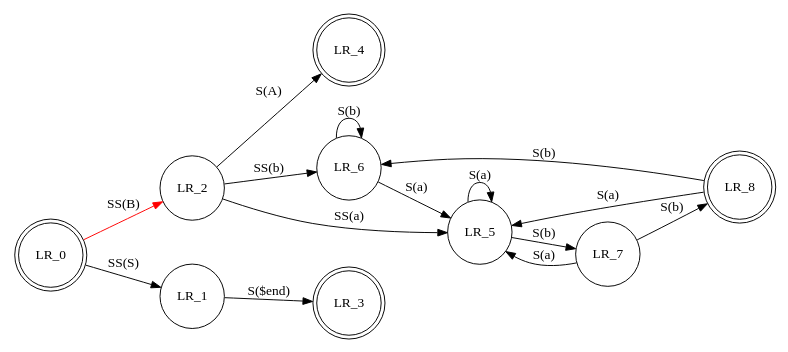
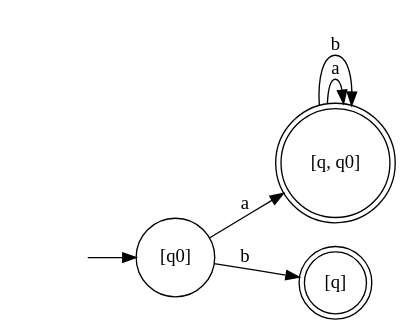
One commit to 1475505/NFA2DFA changed the diagram in fsm.gv. Above: the diagram before and after it, drawn with Graphviz. The commit also changed 5 other files, not shown here.

```diff
--- a/fsm.gv
+++ b/fsm.gv
@@ -1,23 +1,13 @@
 digraph finite_state_machine {
 	rankdir=LR size="8,5"
 	node [shape=doublecircle]
-	LR_0
-	LR_3
-	LR_4
-	LR_8
+	"[q, q0]"
+	"[q]"
 	node [shape=circle]
-	LR_0 -> LR_2 [label="SS(B)" color=red]
-	LR_0 -> LR_1 [label="SS(S)"]
-	LR_1 -> LR_3 [label="S($end)"]
-	LR_2 -> LR_6 [label="SS(b)"]
-	LR_2 -> LR_5 [label="SS(a)"]
-	LR_2 -> LR_4 [label="S(A)"]
-	LR_5 -> LR_7 [label="S(b)"]
-	LR_5 -> LR_5 [label="S(a)"]
-	LR_6 -> LR_6 [label="S(b)"]
-	LR_6 -> LR_5 [label="S(a)"]
-	LR_7 -> LR_8 [label="S(b)"]
-	LR_7 -> LR_5 [label="S(a)"]
-	LR_8 -> LR_6 [label="S(b)"]
-	LR_8 -> LR_5 [label="S(a)"]
+	"[q0]" -> "[q, q0]" [label=a]
+	"[q0]" -> "[q]" [label=b]
+	"[q, q0]" -> "[q, q0]" [label=a]
+	"[q, q0]" -> "[q, q0]" [label=b]
+	node [shape=none]
+	"" -> "[q0]"
 }
```
